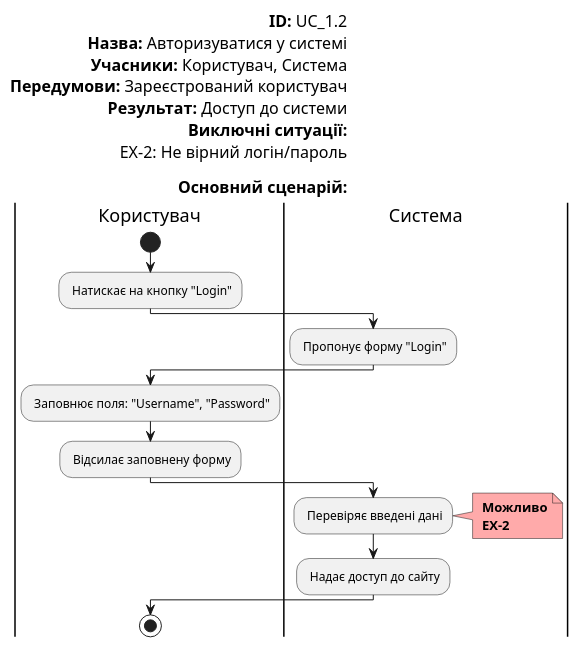
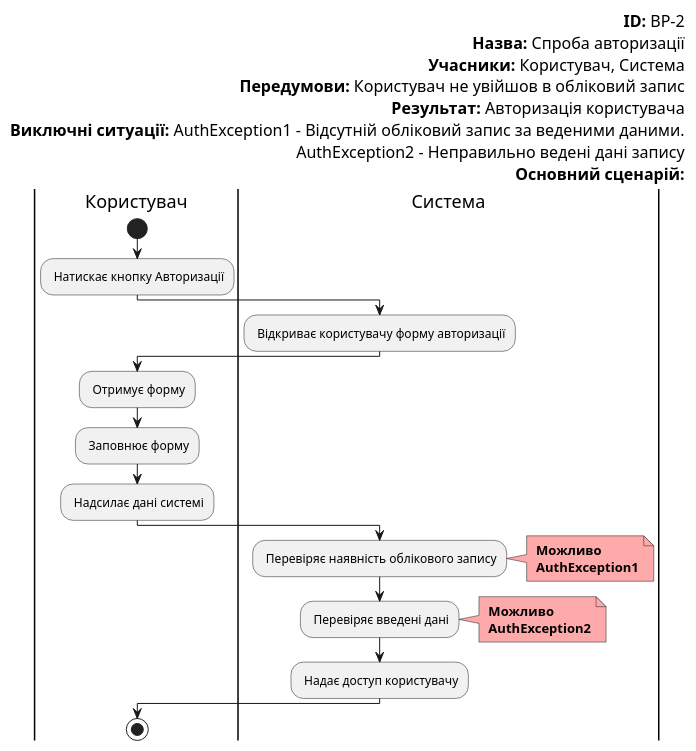
The fourth of 9 diagrams in docs/use cases/README.md (edu-db/edu_db_labs), drawn with PlantUML before and after one commit. The commit also changed other lines of this file, not shown here.

```diff
--- a/docs/use cases/README.md
+++ b/docs/use cases/README.md
@@ -201,32 +209,42 @@
 @startuml
 
     left header
-        <font color=000 size=16><b>ID:</b> UC_1.2
-        <font color=000 size=16><b>Назва:</b> Авторизуватися у системі
-        <font color=000 size=16><b>Учасники:</b> Користувач, Система
-        <font color=000 size=16><b>Передумови:</b> Зареєстрований користувач
-        <font color=000 size=16><b>Результат:</b> Доступ до системи
-        <font color=000 size=16><b>Виключні ситуації:</b>
-        <font color=000 size=16>EX-2: Не вірний логін/пароль
+<font color=000 size=16><b>ID:</b> ВP-2
+<font color=000 size=16><b>Назва:</b> Спроба авторизації 
+<font color=000 size=16><b>Учасники:</b> Користувач, Система
+<font color=000 size=16><b>Передумови:</b> Користувач не увійшов в обліковий запис
+<font color=000 size=16><b>Результат:</b> Авторизація користувача
+<font color=000 size=16><b>Виключні ситуації:</b> AuthException1 - Відсутній обліковий запис за веденими даними. 
+<font color=000 size=16> AuthException2 - Неправильно ведені дані запису
+<font color=000 size=16><b>Основний сценарій:</b>
+end header
 
-        <font color=000 size=16><b>Основний сценарій:</b>
-    end header
+|Користувач|
+    start
+    : Натискає кнопку Авторизації;
+|Система|
+    : Відкриває користувачу форму авторизації;
+|Користувач|
+    : Отримує форму;
+|Користувач|
+    : Заповнює форму;
+|Користувач|
+    : Надсилає дані системі;
+|Система|   
+    : Перевіряє наявність облікового запису;
+    note right #ffaaaa
+    <b> Можливо
+    <b> AuthException1
+    end note
 
-    |Користувач|
-        start
-        : Натискає на кнопку "Login";
-    |Система|
-        : Пропонує форму "Login";
-    |Користувач|
-        : Заповнює поля: "Username", "Password";
-        : Відсилає заповнену форму;
-    |Система|
-        : Перевіряє введені дані;
-        note right #ffaaaa
-        <b> Можливо
-        <b> EX-2
-        end note
-        : Надає доступ до сайту;
-    |Користувач|
-        stop;
+|Система|   
+    : Перевіряє введені дані;
+    note right #ffaaaa
+    <b> Можливо
+    <b> AuthException2
+    end note
+    : Надає доступ користувачу;
+    
+|Користувач|
+    stop;
 @enduml
```
